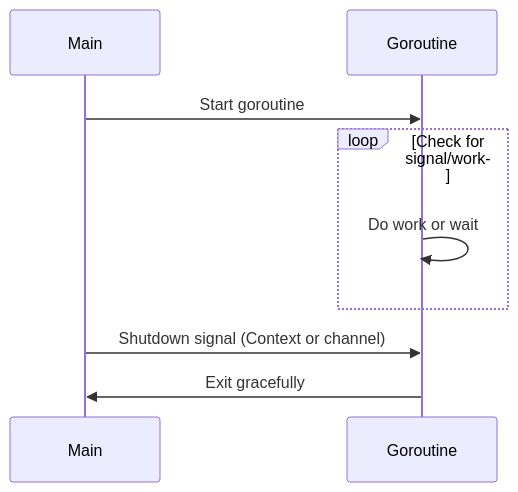
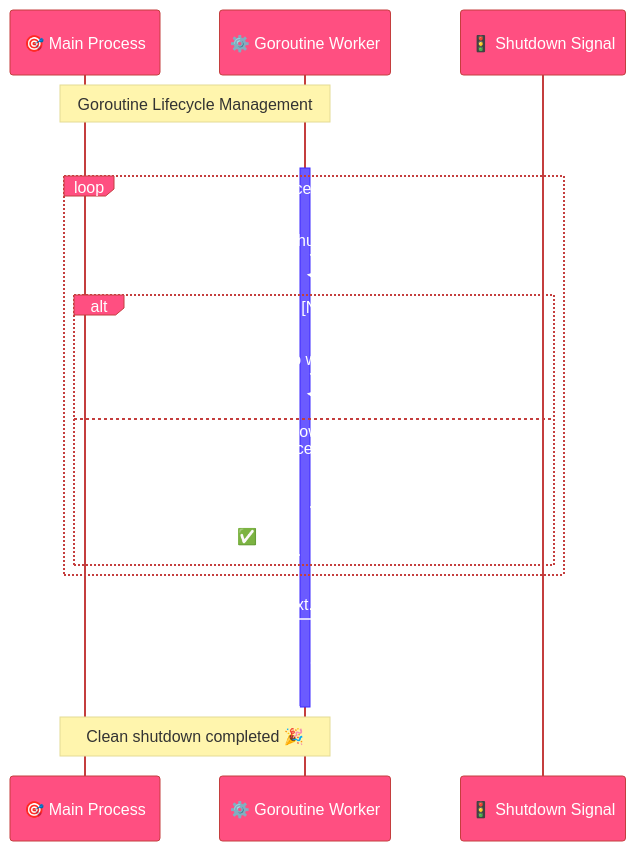
The third of 3 diagrams in _posts/go/2025-11-07-11.-goroutines-and-concurrency.md (infoyouth/infoyouth.github.io), drawn with Mermaid before and after one commit. The commit also changed other lines of this file, not shown here.

Commit message:
docs: - Add practical examples: concurrent image processing, bank account race condition, HTTP server graceful shutdown - Enhance professional context throughout (Google/Uber/Netflix usage, microservices, ETL pipelines) - Update conclusion with engagement prompt

````diff
--- a/_posts/go/2025-11-07-11.-goroutines-and-concurrency.md
+++ b/_posts/go/2025-11-07-11.-goroutines-and-concurrency.md
@@ -363,12 +479,27 @@
 ```mermaid
+%%{init: {'theme':'base', 'themeVariables': { 'primaryColor':'#ff4f81','primaryTextColor':'#fff','primaryBorderColor':'#c43e3e','lineColor':'#e67e22','secondaryColor':'#6b5bff','tertiaryColor':'#ffd700'}}}%%
 sequenceDiagram
-    participant Main
-    participant Goroutine
-
-    Main->>Goroutine: Start goroutine
-    loop Check for signal/work
-        Goroutine->>Goroutine: Do work or wait
+    participant Main as 🎯 Main Process
+    participant Worker as ⚙️ Goroutine Worker
+    participant Signal as 🚦 Shutdown Signal
+    
+    Note over Main,Worker: Goroutine Lifecycle Management
+    
+    Main->>+Worker: Start goroutine
+    
+    loop Process work items
+        Worker->>Worker: Check for shutdown signal
+        alt No signal
+            Worker->>Worker: Do work
+        else Shutdown signal received
+            Worker->>Signal: Acknowledge shutdown
+            Worker->>Main: Exit gracefully ✅
+        end
     end
-    Main->>Goroutine: Shutdown signal (Context or channel)
-    Goroutine->>Main: Exit gracefully
+    
+    Main->>Signal: Send shutdown (context.Cancel or close channel)
+    Signal-->>Worker: Propagate signal
+    Worker-->>-Main: Goroutine terminated
+    
+    Note over Main,Worker: Clean shutdown completed 🎉
 ```
````
